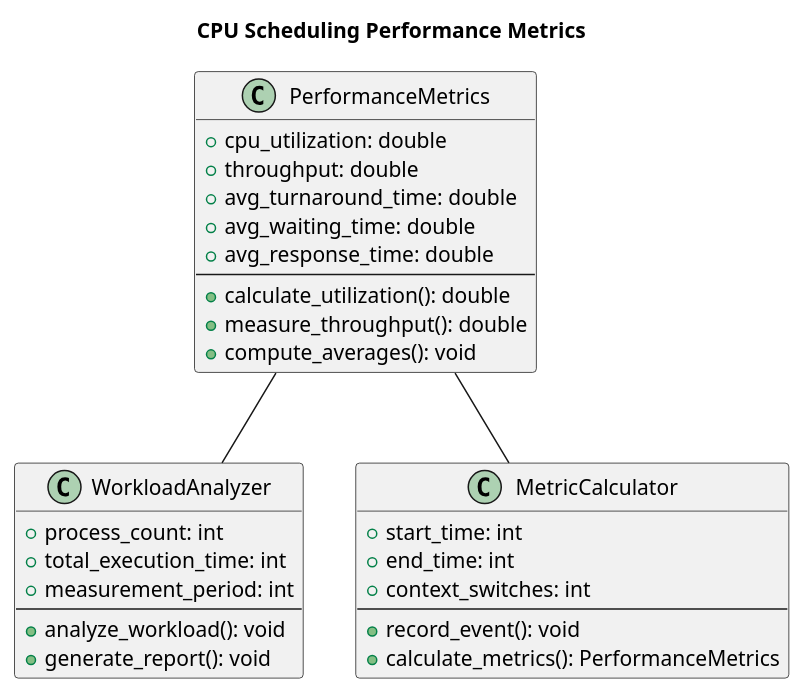
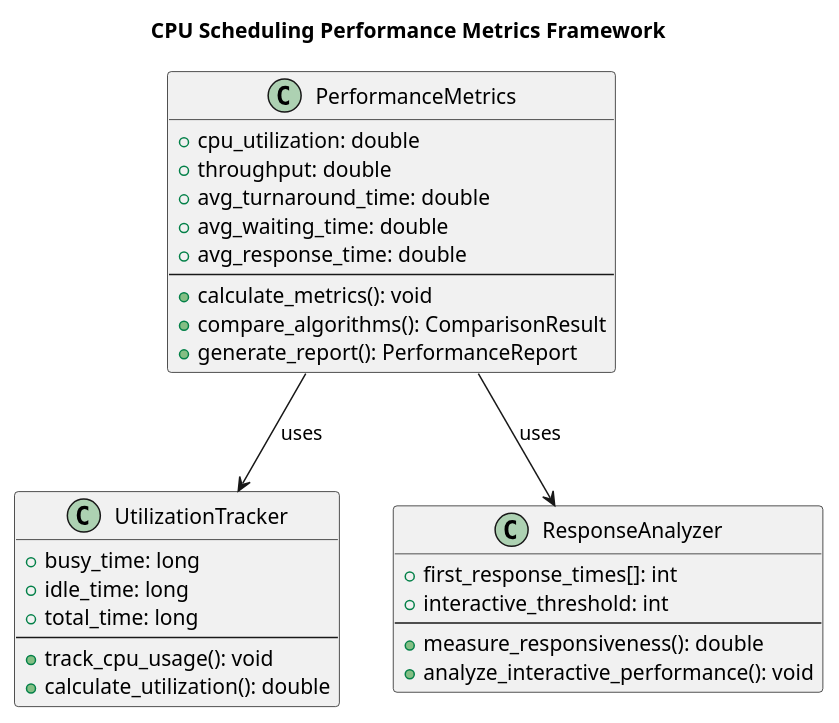
The first of 2 diagrams in Part-2/Ch-6-CPU-Scheduling/Scheduling-Criteria-and-Metrics.md (mohitmishra786/myJourneyOfBuildingOS), drawn with PlantUML before and after one commit. The commit also changed other lines of this file and 5 other files, not shown here.

````diff
--- a/Part-2/Ch-6-CPU-Scheduling/Scheduling-Criteria-and-Metrics.md
+++ b/Part-2/Ch-6-CPU-Scheduling/Scheduling-Criteria-and-Metrics.md
@@ -13,38 +21,37 @@
 ```plantuml
 @startuml
-title "CPU Scheduling Performance Metrics"
+title "CPU Scheduling Performance Metrics Framework"
 
 class PerformanceMetrics {
     +cpu_utilization: double
     +throughput: double
     +avg_turnaround_time: double
     +avg_waiting_time: double
     +avg_response_time: double
     --
-    +calculate_utilization(): double
-    +measure_throughput(): double
-    +compute_averages(): void
+    +calculate_metrics(): void
+    +compare_algorithms(): ComparisonResult
+    +generate_report(): PerformanceReport
 }
 
-class WorkloadAnalyzer {
-    +process_count: int
-    +total_execution_time: int
-    +measurement_period: int
+class UtilizationTracker {
+    +busy_time: long
+    +idle_time: long
+    +total_time: long
     --
-    +analyze_workload(): void
-    +generate_report(): void
+    +track_cpu_usage(): void
+    +calculate_utilization(): double
 }
 
-class MetricCalculator {
-    +start_time: int
-    +end_time: int
-    +context_switches: int
+class ResponseAnalyzer {
+    +first_response_times[]: int
+    +interactive_threshold: int
     --
-    +record_event(): void
-    +calculate_metrics(): PerformanceMetrics
+    +measure_responsiveness(): double
+    +analyze_interactive_performance(): void
 }
 
-PerformanceMetrics -- WorkloadAnalyzer
-PerformanceMetrics -- MetricCalculator
+PerformanceMetrics --> UtilizationTracker : uses
+PerformanceMetrics --> ResponseAnalyzer : uses
 @enduml
 ```
````
